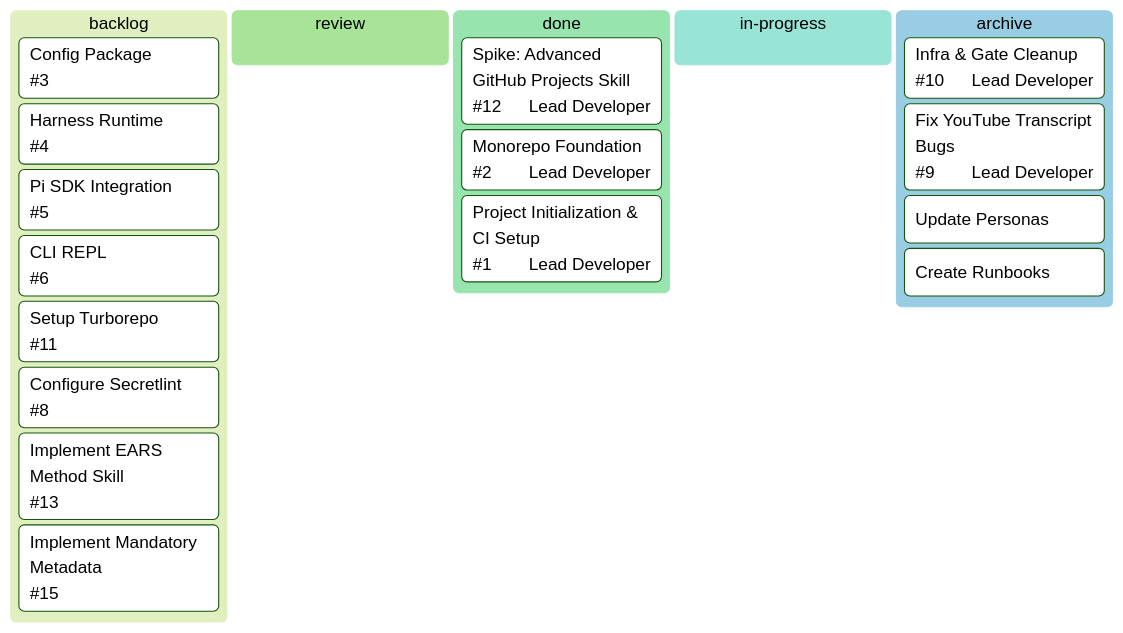
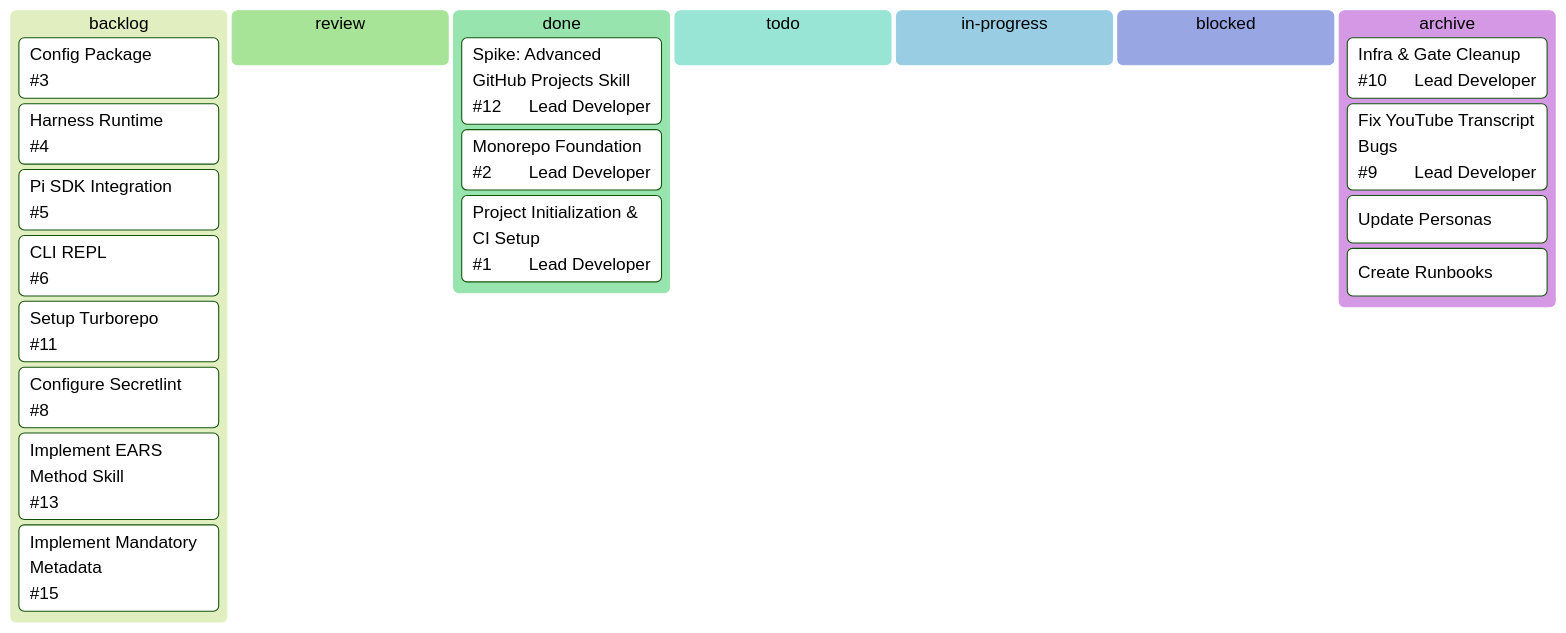
Before and after one commit to LoFi-Monk/lofipulse: the diagram in .agent/kanban-lofipulse.md, drawn with Mermaid (forest theme). The commit also changed 12 other files, not shown here.

Commit message:
fix: address missed feedback (logging, skill ambiguity, graphql bugs)

````diff
--- a/.agent/kanban-lofipulse.md
+++ b/.agent/kanban-lofipulse.md
@@ -9,23 +9,25 @@
 ```mermaid
 kanban
   backlog
     [Config Package]@{ ticket: '#3', priority: 'P1' }
     [Harness Runtime]@{ ticket: '#4', priority: 'P2' }
     [Pi SDK Integration]@{ ticket: '#5', priority: 'P2' }
     [CLI REPL]@{ ticket: '#6', priority: 'P2' }
     [Setup Turborepo]@{ ticket: '#11', priority: 'P1' }
     [Configure Secretlint]@{ ticket: '#8', priority: 'P2' }
     [Implement EARS Method Skill]@{ ticket: '#13', priority: 'P1' }
     [Implement Mandatory Metadata]@{ ticket: '#15', priority: 'P1' }
   review
   done
     [Spike: Advanced GitHub Projects Skill]@{ ticket: '#12', assigned: 'Lead Developer', priority: 'P1' }
     [Monorepo Foundation]@{ ticket: '#2', assigned: 'Lead Developer', priority: 'P1' }
     [Project Initialization & CI Setup]@{ ticket: '#1', assigned: 'Lead Developer', priority: 'P1' }
+  todo
   in-progress
+  blocked
   archive
     [Infra & Gate Cleanup]@{ ticket: '#10', assigned: 'Lead Developer', priority: 'P2' }
     [Fix YouTube Transcript Bugs]@{ ticket: '#9', assigned: 'Lead Developer', priority: 'P1' }
     [Update Personas]
     [Create Runbooks]
 ```
````
